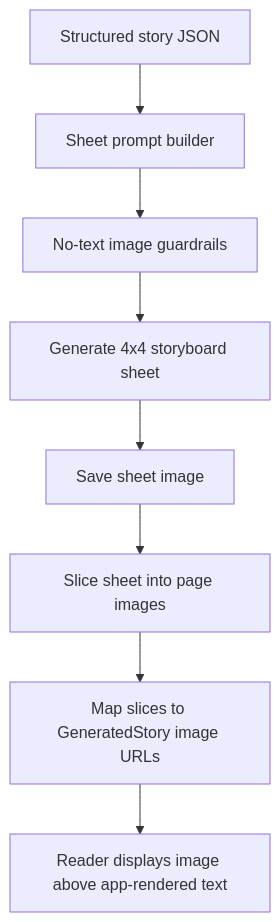
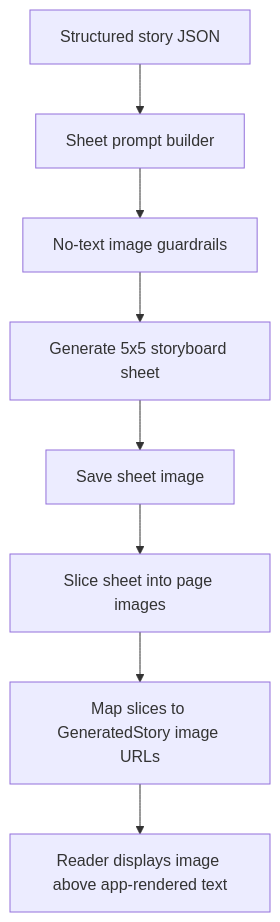
One commit to varindersingh83/app-kahani changed the diagram in docs/image-generation-spec.md. Above: the diagram before and after it, drawn with Mermaid. The commit also changed other lines of this file and 41 other files, not shown here.

````diff
--- a/docs/image-generation-spec.md
+++ b/docs/image-generation-spec.md
@@ -75,10 +75,10 @@
 ```mermaid
 flowchart TD
   A["Structured story JSON"] --> B["Sheet prompt builder"]
   B --> C["No-text image guardrails"]
-  C --> D["Generate 4x4 storyboard sheet"]
+  C --> D["Generate 5x5 storyboard sheet"]
   D --> E["Save sheet image"]
   E --> F["Slice sheet into page images"]
   F --> G["Map slices to GeneratedStory image URLs"]
   G --> H["Reader displays image above app-rendered text"]
 ```
````
